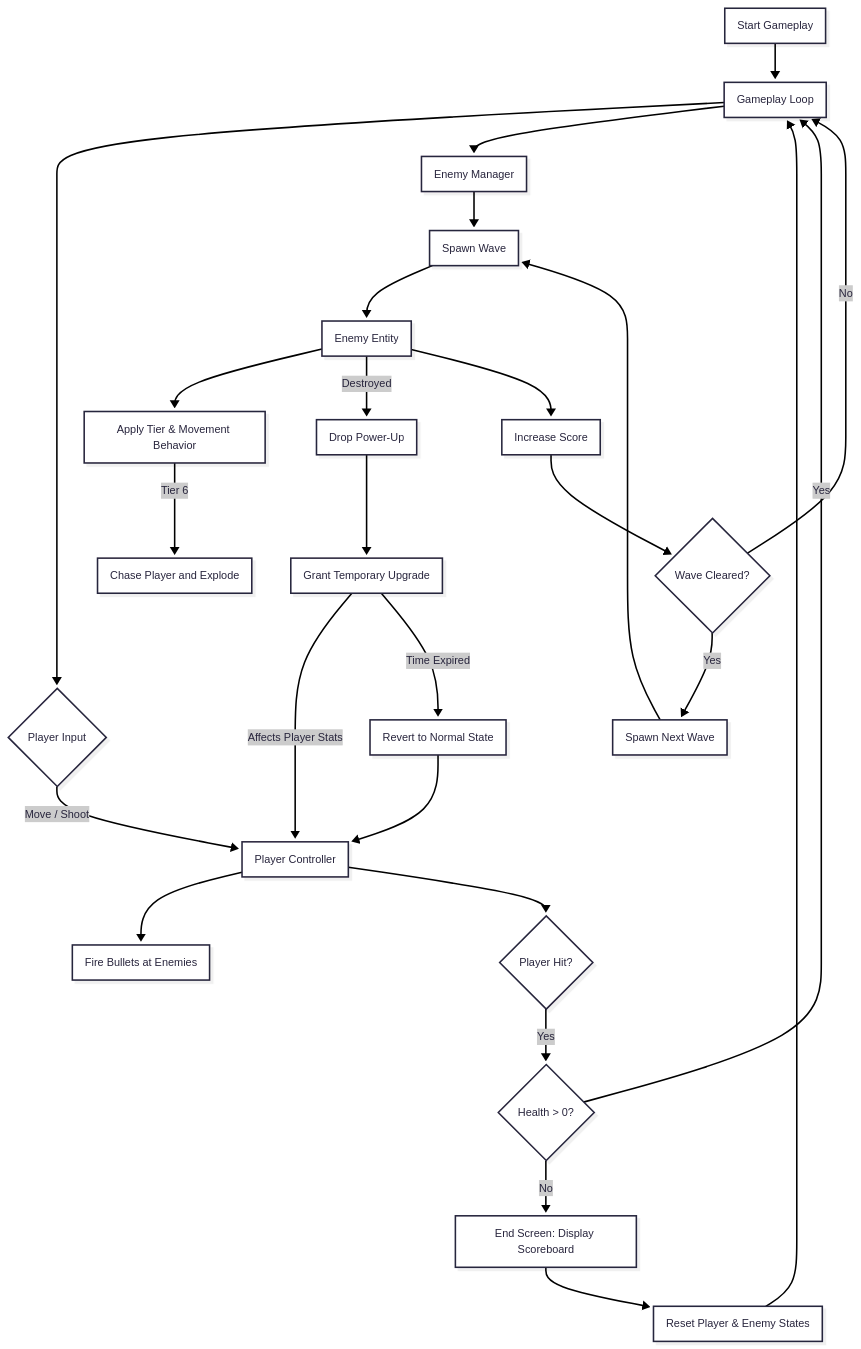
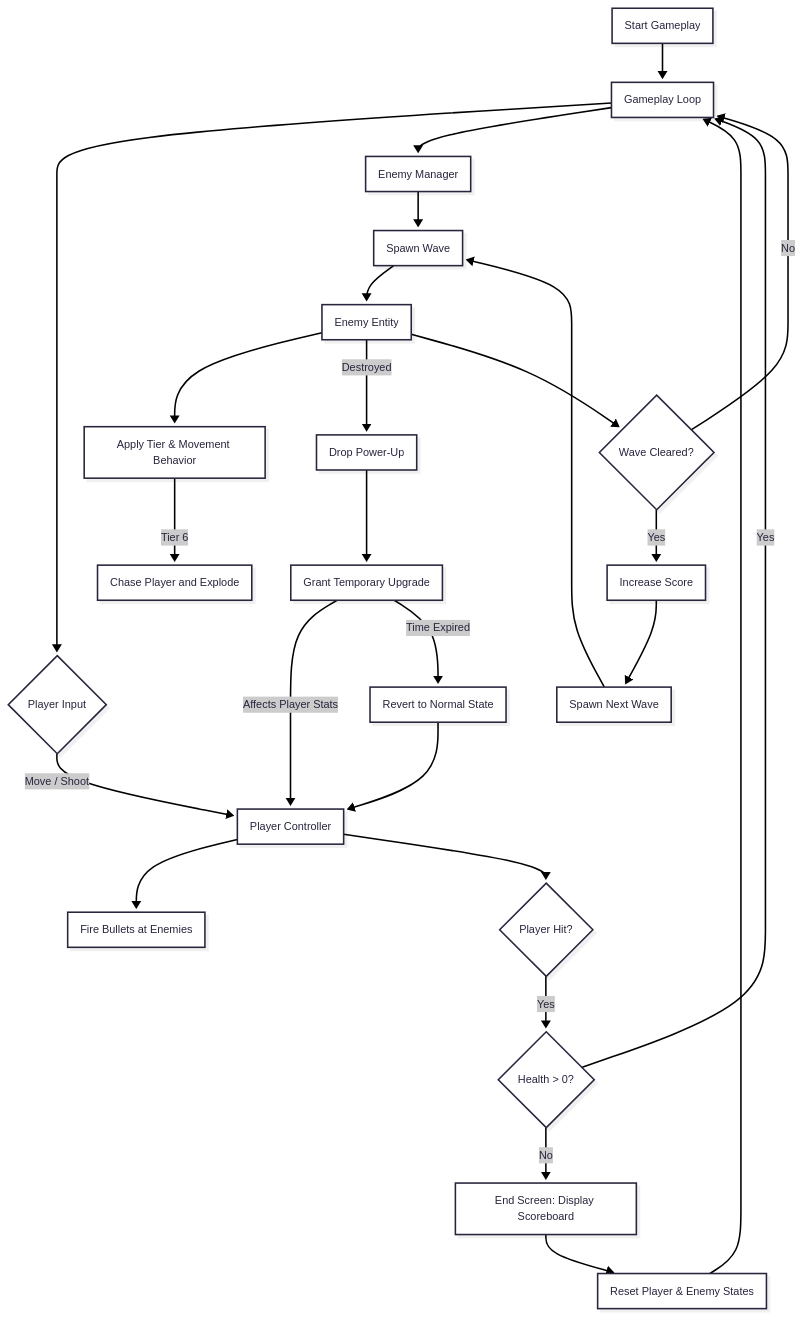
One commit to Justsomeguy241/Game-ProgrammingClass changed the third of 4 diagrams in README.md. Above: the diagram before and after it, drawn with Mermaid.

````diff
--- a/README.md
+++ b/README.md
@@ -193,47 +193,47 @@
 ```mermaid
 ---
 config:
   theme: redux
   look: neo
 ---
 flowchart TD
   start["Start Gameplay"]
 
   %% === GAMEPLAY CORE ===
   start --> loop["Gameplay Loop"]
   loop --> input{"Player Input"}
   input -->|"Move / Shoot"| player["Player Controller"]
   player --> shoot["Fire Bullets at Enemies"]
 
   %% === ENEMY SYSTEM ===
   loop --> EM["Enemy Manager"]
   EM --> spawn["Spawn Wave"]
   spawn --> enemy["Enemy Entity"]
   enemy --> behavior["Apply Tier & Movement Behavior"]
   behavior -->|"Tier 6"| chase["Chase Player and Explode"]
   enemy -->|"Destroyed"| drop["Drop Power-Up"]
 
   %% === POWER-UP SYSTEM ===
   drop --> upgrade["Grant Temporary Upgrade"]
   upgrade -->|"Affects Player Stats"| player
   upgrade -->|"Time Expired"| revert["Revert to Normal State"]
   revert --> player
 
-  %% === SCORE AND WAVE LOGIC ===
-  enemy --> score["Increase Score"]
-  score --> waves{"Wave Cleared?"}
-  waves -->|"Yes"| nextWave["Spawn Next Wave"]
+  %% === WAVE / SCORE LOGIC ===
+  enemy --> waves{"Wave Cleared?"}
+  waves -->|"Yes"| score["Increase Score"]
   waves -->|"No"| loop
+  score --> nextWave["Spawn Next Wave"]
   nextWave --> spawn
 
   %% === HEALTH / GAME OVER ===
   player --> hit{"Player Hit?"}
   hit -->|"Yes"| hpCheck{"Health > 0?"}
   hpCheck -->|"No"| endScr["End Screen: Display Scoreboard"]
   hpCheck -->|"Yes"| loop
 
   %% === LOOP BACK AFTER DEATH ===
   endScr --> reset["Reset Player & Enemy States"]
   reset --> loop
 
 ```
````
